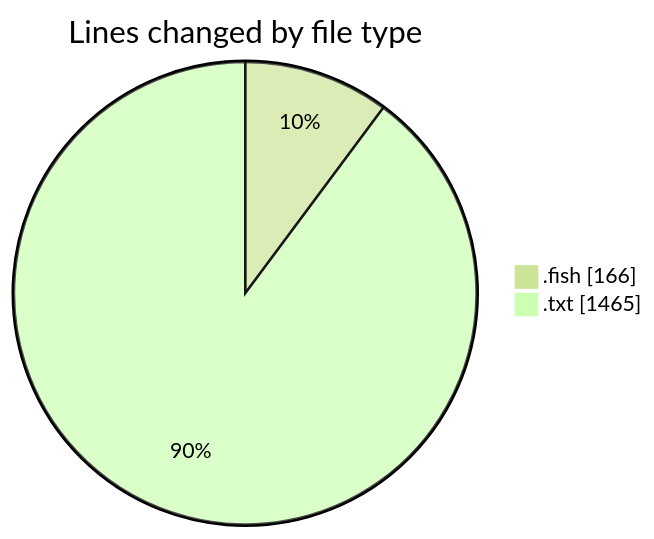
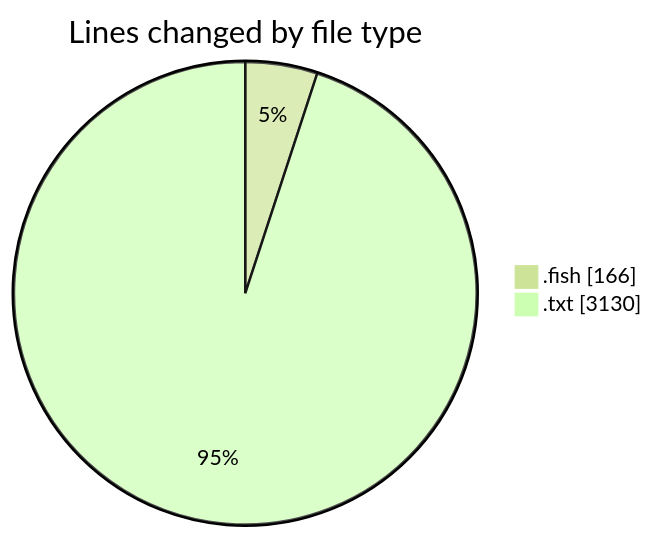
Before and after one commit to EIIisD/code-tracking: the first of 2 diagrams in 2025-07-21/fish/README.md, drawn with Mermaid (forest theme). The commit also changed other lines of this file and 1 other file, not shown here.

````diff
--- a/2025-07-21/fish/README.md
+++ b/2025-07-21/fish/README.md
@@ -21,6 +22,6 @@
 ```mermaid
 pie showData
 title Lines changed by file type
 ".fish" : 166
-".txt" : 1465
+".txt" : 3130
 ```
````
